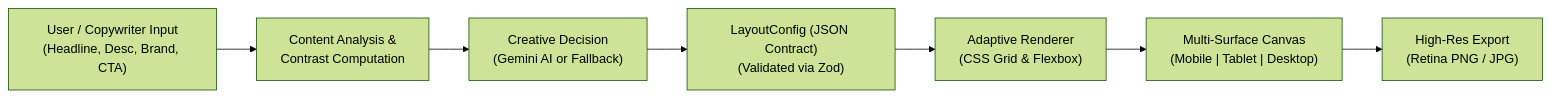
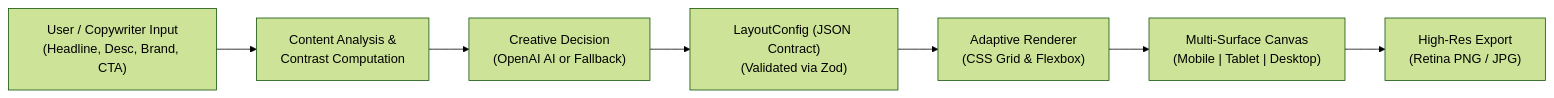
The first of 2 diagrams in README.md (MuskanSharma99177/ai-creative-layout-engine), drawn with Mermaid (forest theme) before and after one commit. The commit also changed other lines of this file and 22 other files, not shown here.

Commit message:
feat: production release of AI-Powered Adaptive Creative Layout Engine with OpenAI API and Render deployment support

````diff
--- a/README.md
+++ b/README.md
@@ -30,9 +30,9 @@
 ```mermaid
 flowchart LR
     A["User / Copywriter Input\n(Headline, Desc, Brand, CTA)"] --> B["Content Analysis &\nContrast Computation"]
-    B --> C["Creative Decision\n(Gemini AI or Fallback)"]
+    B --> C["Creative Decision\n(OpenAI AI or Fallback)"]
     C --> D["LayoutConfig (JSON Contract)\n(Validated via Zod)"]
     D --> E["Adaptive Renderer\n(CSS Grid & Flexbox)"]
     E --> F["Multi-Surface Canvas\n(Mobile | Tablet | Desktop)"]
     F --> G["High-Res Export\n(Retina PNG / JPG)"]
 ```
````
